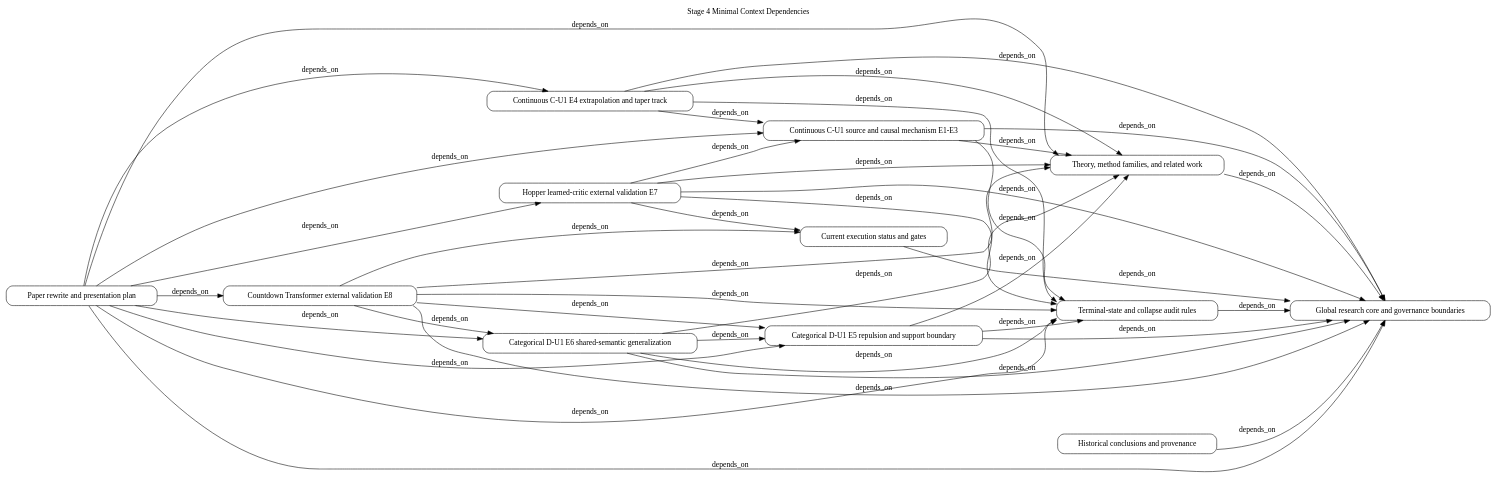
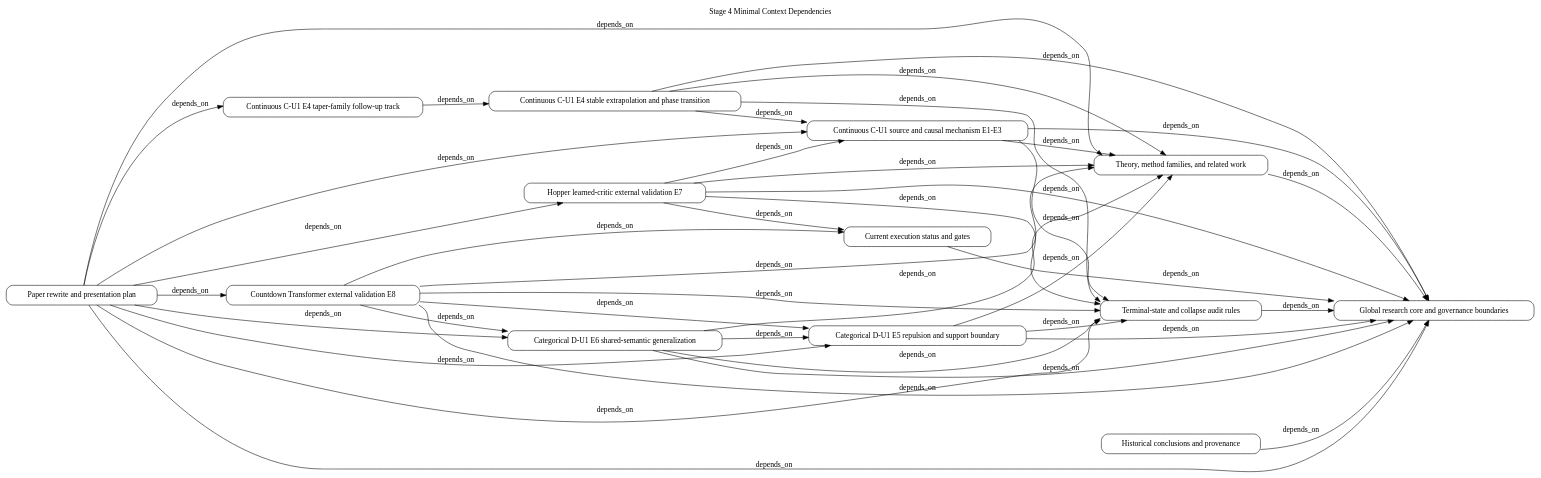
Before and after one commit to easonhuo/drpo: the diagram in docs/handoff_shadow/stage4/minimal/generated/DEPENDENCY_GRAPH.dot, drawn with Graphviz. The commit also changed 24 other files, not shown here.

```diff
--- a/docs/handoff_shadow/stage4/minimal/generated/DEPENDENCY_GRAPH.dot
+++ b/docs/handoff_shadow/stage4/minimal/generated/DEPENDENCY_GRAPH.dot
@@ -1,54 +1,56 @@
 digraph stage4_minimal_context {
   graph [rankdir="LR", label="Stage 4 Minimal Context Dependencies", labelloc="t"];
   node [shape="box", style="rounded"];
   "global_core_governance" [label="Global research core and governance boundaries"];
   "execution_status_gates" [label="Current execution status and gates"];
   "theory_methods_related_work" [label="Theory, method families, and related work"];
   "terminal_audit" [label="Terminal-state and collapse audit rules"];
   "continuous_mechanism_e1_e3" [label="Continuous C-U1 source and causal mechanism E1-E3"];
-  "continuous_e4_taper" [label="Continuous C-U1 E4 extrapolation and taper track"];
+  "continuous_e4_extrapolation" [label="Continuous C-U1 E4 stable extrapolation and phase transition"];
+  "continuous_e4_taper" [label="Continuous C-U1 E4 taper-family follow-up track"];
   "categorical_e5_mechanism" [label="Categorical D-U1 E5 repulsion and support boundary"];
   "categorical_e6_generalization" [label="Categorical D-U1 E6 shared-semantic generalization"];
   "hopper_e7" [label="Hopper learned-critic external validation E7"];
   "countdown_e8" [label="Countdown Transformer external validation E8"];
   "history_provenance" [label="Historical conclusions and provenance"];
   "paper_rewrite" [label="Paper rewrite and presentation plan"];
   "execution_status_gates" -> "global_core_governance" [label="depends_on"];
   "theory_methods_related_work" -> "global_core_governance" [label="depends_on"];
   "terminal_audit" -> "global_core_governance" [label="depends_on"];
   "continuous_mechanism_e1_e3" -> "global_core_governance" [label="depends_on"];
   "continuous_mechanism_e1_e3" -> "theory_methods_related_work" [label="depends_on"];
   "continuous_mechanism_e1_e3" -> "terminal_audit" [label="depends_on"];
-  "continuous_e4_taper" -> "global_core_governance" [label="depends_on"];
-  "continuous_e4_taper" -> "theory_methods_related_work" [label="depends_on"];
-  "continuous_e4_taper" -> "terminal_audit" [label="depends_on"];
-  "continuous_e4_taper" -> "continuous_mechanism_e1_e3" [label="depends_on"];
+  "continuous_e4_extrapolation" -> "global_core_governance" [label="depends_on"];
+  "continuous_e4_extrapolation" -> "theory_methods_related_work" [label="depends_on"];
+  "continuous_e4_extrapolation" -> "terminal_audit" [label="depends_on"];
+  "continuous_e4_extrapolation" -> "continuous_mechanism_e1_e3" [label="depends_on"];
+  "continuous_e4_taper" -> "continuous_e4_extrapolation" [label="depends_on"];
   "categorical_e5_mechanism" -> "global_core_governance" [label="depends_on"];
   "categorical_e5_mechanism" -> "theory_methods_related_work" [label="depends_on"];
   "categorical_e5_mechanism" -> "terminal_audit" [label="depends_on"];
   "categorical_e6_generalization" -> "global_core_governance" [label="depends_on"];
   "categorical_e6_generalization" -> "theory_methods_related_work" [label="depends_on"];
   "categorical_e6_generalization" -> "terminal_audit" [label="depends_on"];
   "categorical_e6_generalization" -> "categorical_e5_mechanism" [label="depends_on"];
   "hopper_e7" -> "global_core_governance" [label="depends_on"];
   "hopper_e7" -> "execution_status_gates" [label="depends_on"];
   "hopper_e7" -> "theory_methods_related_work" [label="depends_on"];
   "hopper_e7" -> "terminal_audit" [label="depends_on"];
   "hopper_e7" -> "continuous_mechanism_e1_e3" [label="depends_on"];
   "countdown_e8" -> "global_core_governance" [label="depends_on"];
   "countdown_e8" -> "execution_status_gates" [label="depends_on"];
   "countdown_e8" -> "theory_methods_related_work" [label="depends_on"];
   "countdown_e8" -> "terminal_audit" [label="depends_on"];
   "countdown_e8" -> "categorical_e5_mechanism" [label="depends_on"];
   "countdown_e8" -> "categorical_e6_generalization" [label="depends_on"];
   "history_provenance" -> "global_core_governance" [label="depends_on"];
   "paper_rewrite" -> "global_core_governance" [label="depends_on"];
   "paper_rewrite" -> "theory_methods_related_work" [label="depends_on"];
   "paper_rewrite" -> "terminal_audit" [label="depends_on"];
   "paper_rewrite" -> "continuous_mechanism_e1_e3" [label="depends_on"];
   "paper_rewrite" -> "continuous_e4_taper" [label="depends_on"];
   "paper_rewrite" -> "categorical_e5_mechanism" [label="depends_on"];
   "paper_rewrite" -> "categorical_e6_generalization" [label="depends_on"];
   "paper_rewrite" -> "hopper_e7" [label="depends_on"];
   "paper_rewrite" -> "countdown_e8" [label="depends_on"];
 }
```
